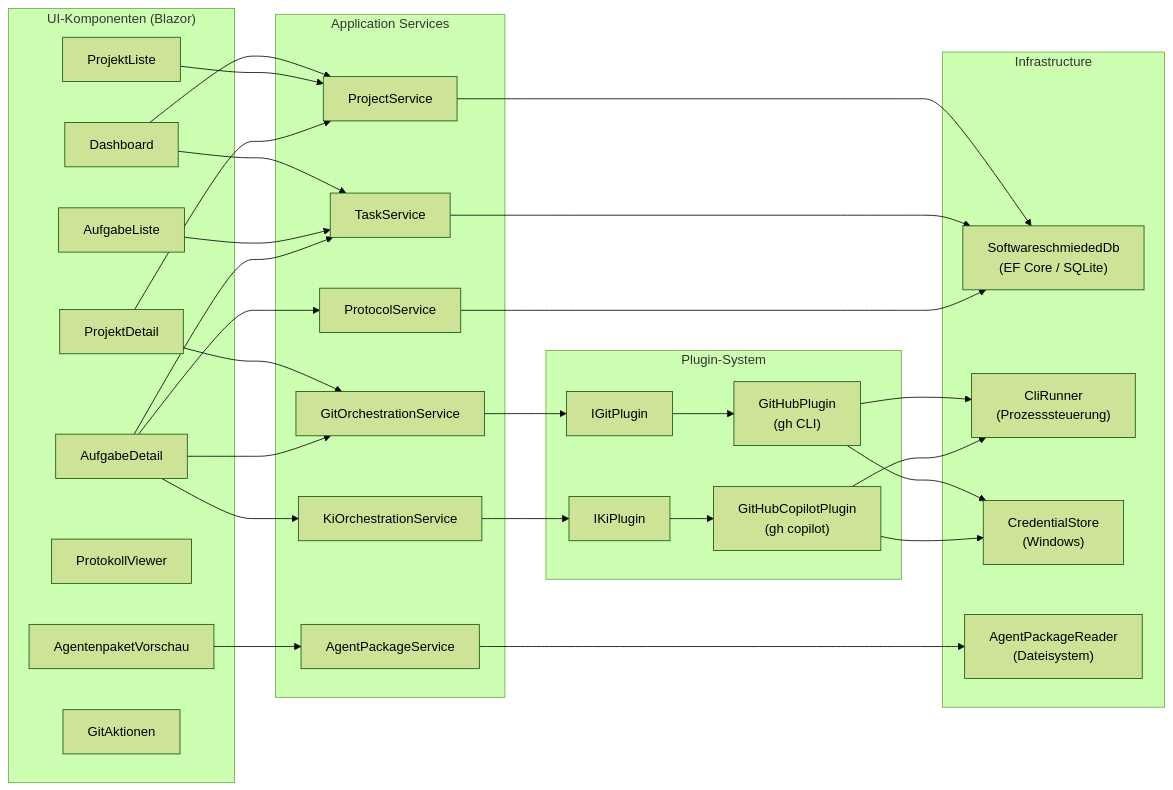
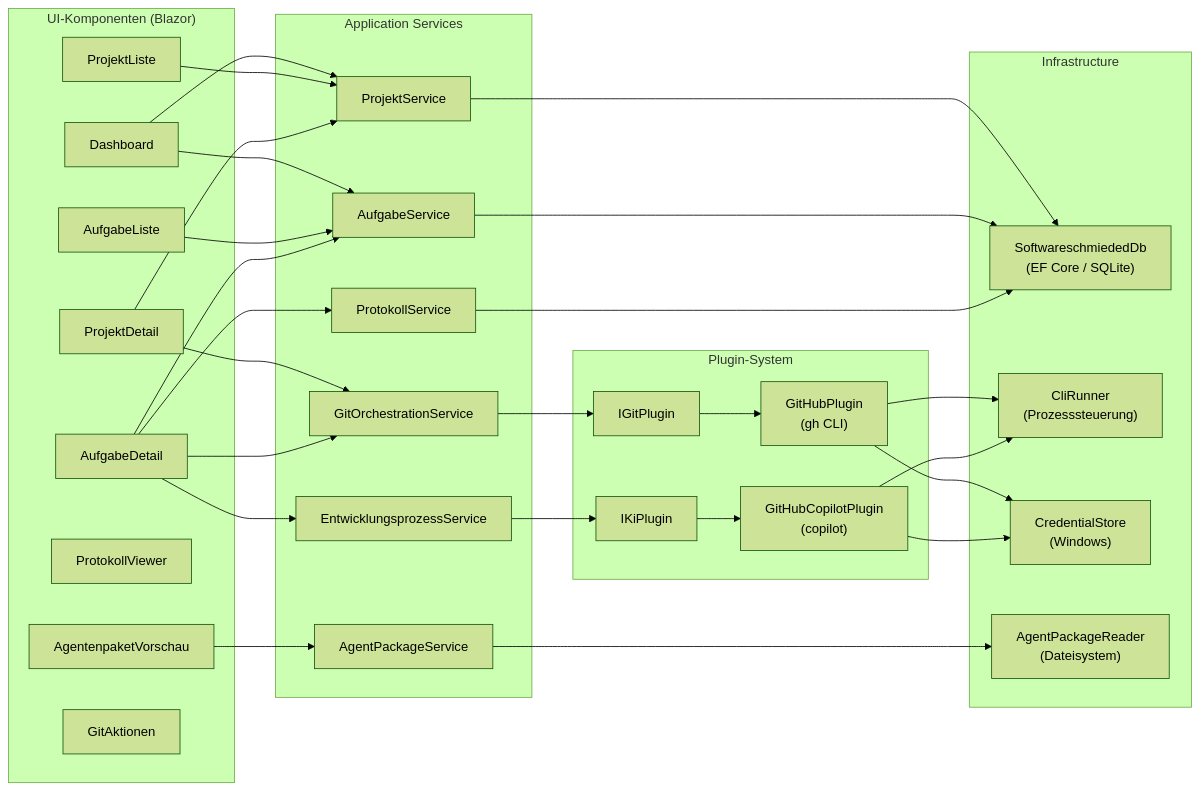
One commit to martin-stromberg/Softwareschmiede changed the second of 8 diagrams in docs/architecture/architecture-blueprint.md. Above: the diagram before and after it, drawn with Mermaid (forest theme). The commit also changed other lines of this file and 67 other files, not shown here.

````diff
--- a/docs/architecture/architecture-blueprint.md
+++ b/docs/architecture/architecture-blueprint.md
@@ -109,64 +109,64 @@
 ```mermaid
 graph LR
     subgraph UI["UI-Komponenten (Blazor)"]
         Dashboard
         ProjektListe
         ProjektDetail
         AufgabeListe
         AufgabeDetail
         ProtokollViewer
         AgentenpaketVorschau
         GitAktionen
     end
 
     subgraph AppServices["Application Services"]
-        ProjectService
-        TaskService
-        ProtocolService
+        ProjektService
+        AufgabeService
+        ProtokollService
         AgentPackageService
-        KiOrchestrationService
+        EntwicklungsprozessService
         GitOrchestrationService
     end
 
     subgraph Plugins["Plugin-System"]
         IGitPlugin
         IKiPlugin
         GitHubPlugin["GitHubPlugin\n(gh CLI)"]
-        CopilotPlugin["GitHubCopilotPlugin\n(gh copilot)"]
+        CopilotPlugin["GitHubCopilotPlugin\n(copilot)"]
     end
 
     subgraph Infra["Infrastructure"]
         SoftwareschmiededDb["SoftwareschmiededDb\n(EF Core / SQLite)"]
         CliRunner["CliRunner\n(Prozesssteuerung)"]
         CredentialStore["CredentialStore\n(Windows)"]
         AgentPackageReader["AgentPackageReader\n(Dateisystem)"]
     end
 
-    Dashboard --> ProjectService
-    Dashboard --> TaskService
-    ProjektListe --> ProjectService
-    ProjektDetail --> ProjectService
+    Dashboard --> ProjektService
+    Dashboard --> AufgabeService
+    ProjektListe --> ProjektService
+    ProjektDetail --> ProjektService
     ProjektDetail --> GitOrchestrationService
-    AufgabeListe --> TaskService
-    AufgabeDetail --> TaskService
-    AufgabeDetail --> KiOrchestrationService
+    AufgabeListe --> AufgabeService
+    AufgabeDetail --> AufgabeService
+    AufgabeDetail --> EntwicklungsprozessService
     AufgabeDetail --> GitOrchestrationService
-    AufgabeDetail --> ProtocolService
+    AufgabeDetail --> ProtokollService
     AgentenpaketVorschau --> AgentPackageService
 
-    ProjectService --> SoftwareschmiededDb
-    TaskService --> SoftwareschmiededDb
-    ProtocolService --> SoftwareschmiededDb
+    ProjektService --> SoftwareschmiededDb
+    AufgabeService --> SoftwareschmiededDb
+    ProtokollService --> SoftwareschmiededDb
     AgentPackageService --> AgentPackageReader
 
     GitOrchestrationService --> IGitPlugin
-    KiOrchestrationService --> IKiPlugin
+    EntwicklungsprozessService --> IKiPlugin
 
     IGitPlugin --> GitHubPlugin
     IKiPlugin --> CopilotPlugin
 
     GitHubPlugin --> CliRunner
     CopilotPlugin --> CliRunner
     GitHubPlugin --> CredentialStore
     CopilotPlugin --> CredentialStore
 ```
````
